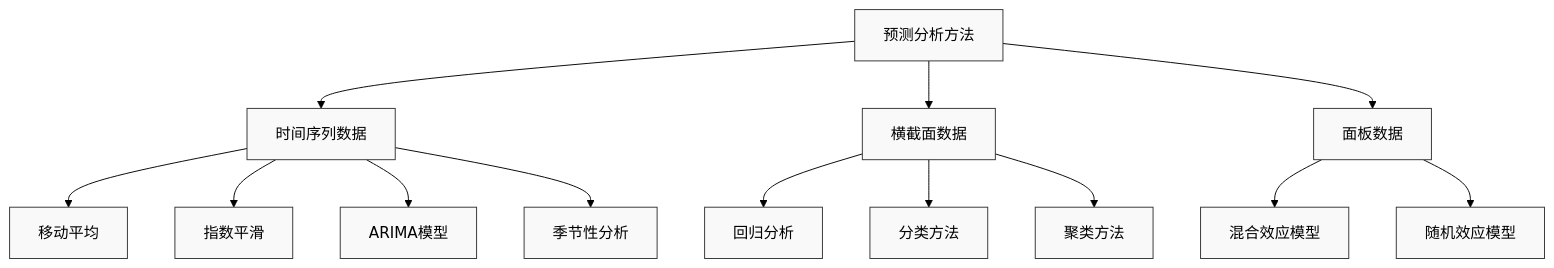
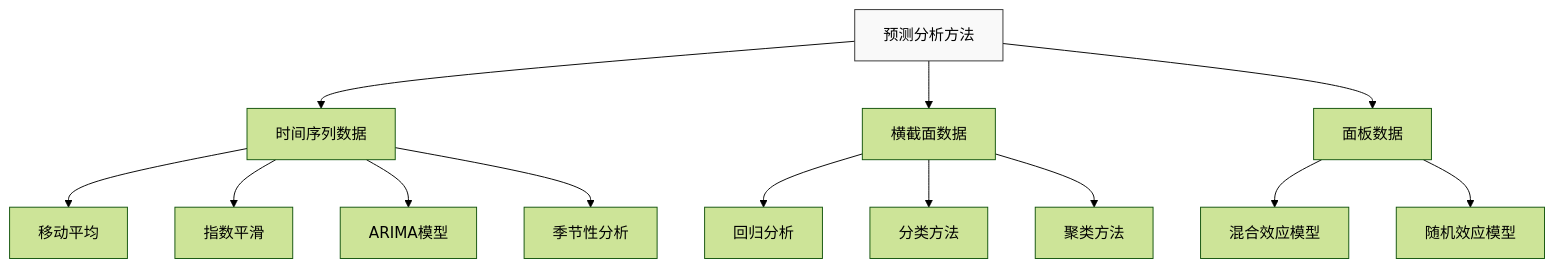
Before and after one commit to amcoimg/my-digital-garden: the second of 3 diagrams in src/site/notes/知识共享/002_商业分析/01_学习内容/03_分析方法与工具/3.3 预测性分析方法.md, drawn with Mermaid (forest theme). The commit also changed other lines of this file, not shown here.

````diff
--- a/src/site/notes/知识共享/002_商业分析/01_学习内容/03_分析方法与工具/3.3 预测性分析方法.md
+++ b/src/site/notes/知识共享/002_商业分析/01_学习内容/03_分析方法与工具/3.3 预测性分析方法.md
@@ -66,20 +63,20 @@
 ```mermaid
-flowchart TD
+graph TD
     A[预测分析方法] --> B[时间序列数据]
     A --> C[横截面数据]
     A --> D[面板数据]
     
     B --> B1[移动平均]
     B --> B2[指数平滑]
     B --> B3[ARIMA模型]
     B --> B4[季节性分析]
     
     C --> C1[回归分析]
     C --> C2[分类方法]
     C --> C3[聚类方法]
     
     D --> D1[混合效应模型]
     D --> D2[随机效应模型]
     
-    classDef default fill:#f9f9f9,stroke:#333,stroke-width:1px;
+    style A fill:#f9f9f9,stroke:#333,stroke-width:1px
 ```
````
